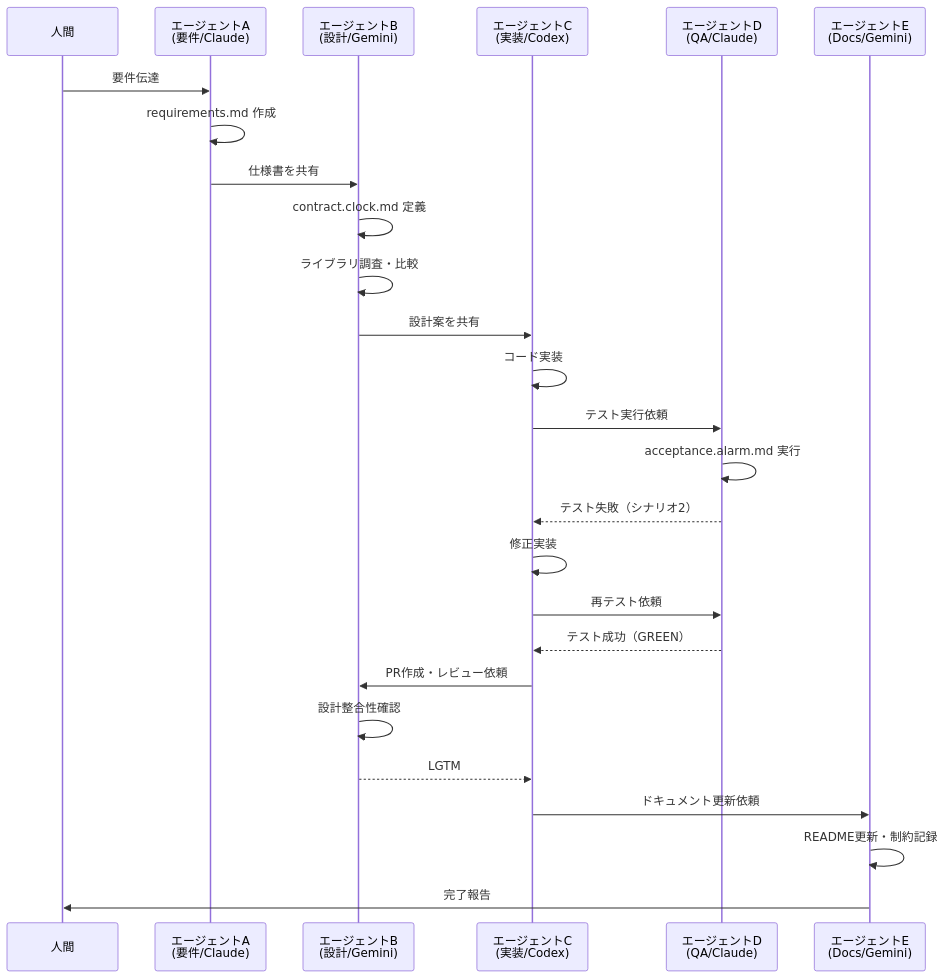
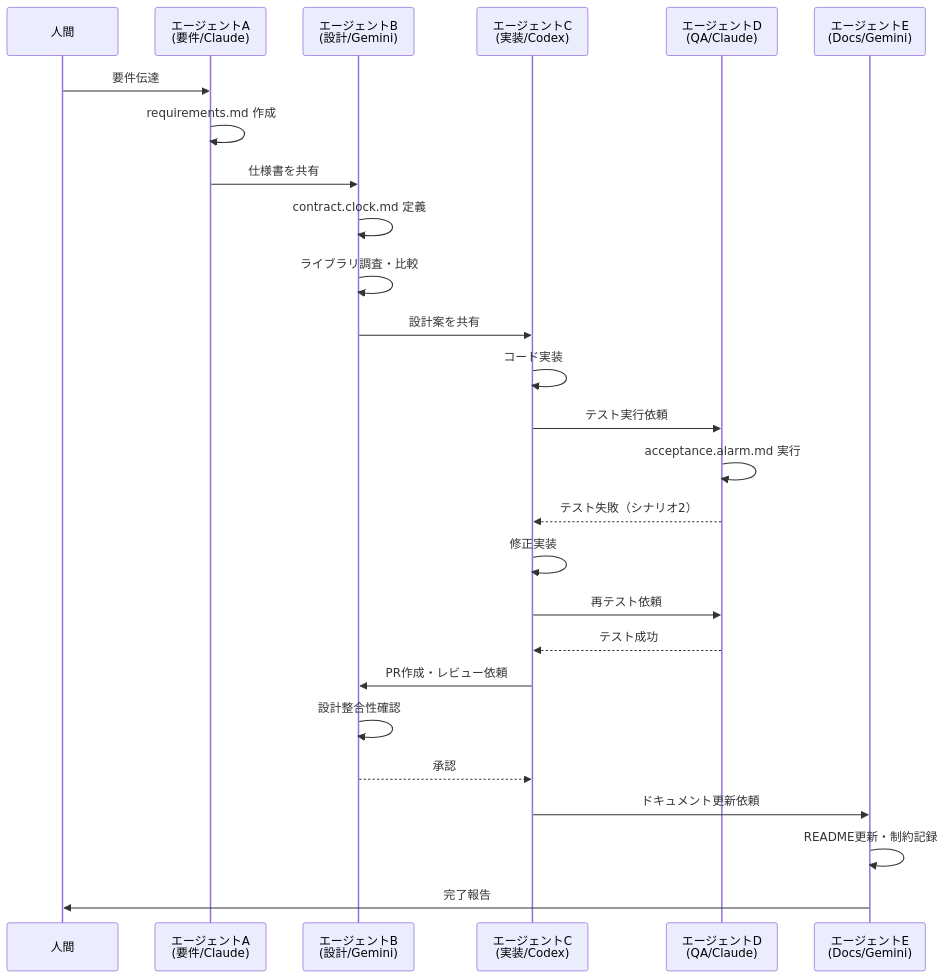
Before and after one commit to s977043/my-blog: the second of 2 diagrams in articles/sdd-tdd-nonblocking-agent.md, drawn with Mermaid. The commit also changed other lines of this file, not shown here.

````diff
--- a/articles/sdd-tdd-nonblocking-agent.md
+++ b/articles/sdd-tdd-nonblocking-agent.md
@@ -205,29 +242,29 @@
 ```mermaid
 sequenceDiagram
     participant H as 人間
     participant A as エージェントA<br/>(要件/Claude)
     participant B as エージェントB<br/>(設計/Gemini)
     participant C as エージェントC<br/>(実装/Codex)
     participant D as エージェントD<br/>(QA/Claude)
     participant E as エージェントE<br/>(Docs/Gemini)
 
     H->>A: 要件伝達
     A->>A: requirements.md 作成
     A->>B: 仕様書を共有
     B->>B: contract.clock.md 定義
     B->>B: ライブラリ調査・比較
     B->>C: 設計案を共有
     C->>C: コード実装
     C->>D: テスト実行依頼
     D->>D: acceptance.alarm.md 実行
     D-->>C: テスト失敗（シナリオ2）
     C->>C: 修正実装
     C->>D: 再テスト依頼
-    D-->>C: テスト成功（GREEN）
+    D-->>C: テスト成功
     C->>B: PR作成・レビュー依頼
     B->>B: 設計整合性確認
-    B-->>C: LGTM
+    B-->>C: 承認
     C->>E: ドキュメント更新依頼
     E->>E: README更新・制約記録
     E->>H: 完了報告
 ```
````
